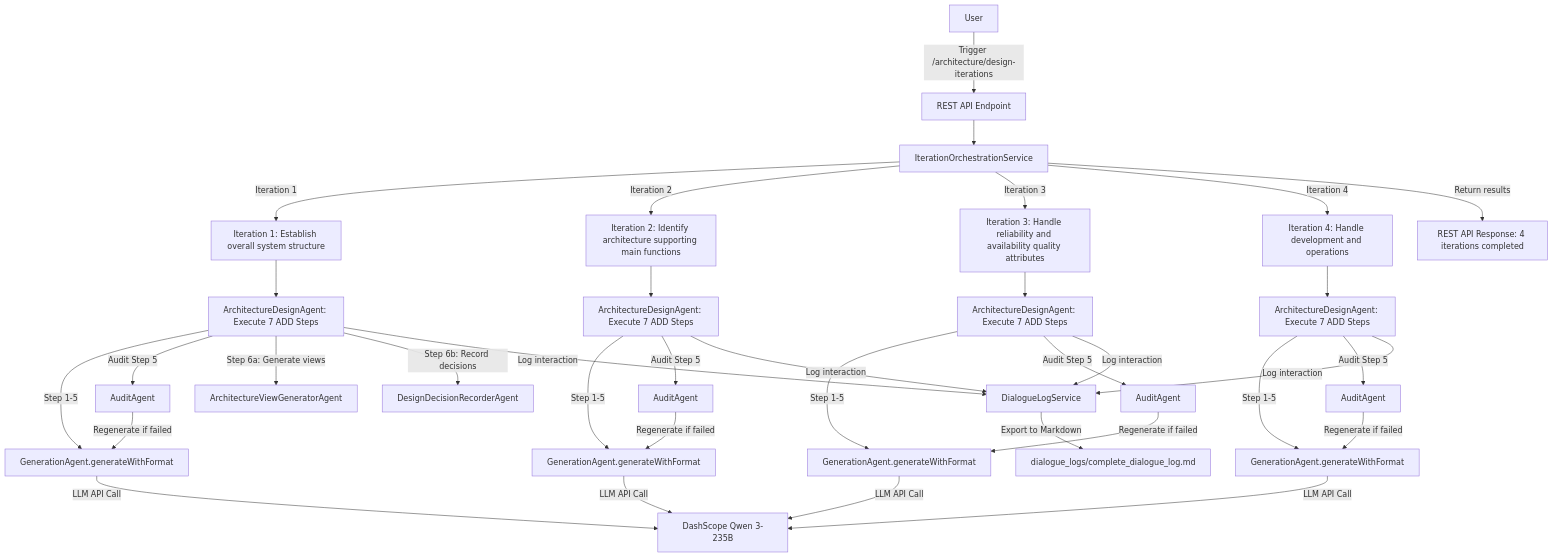
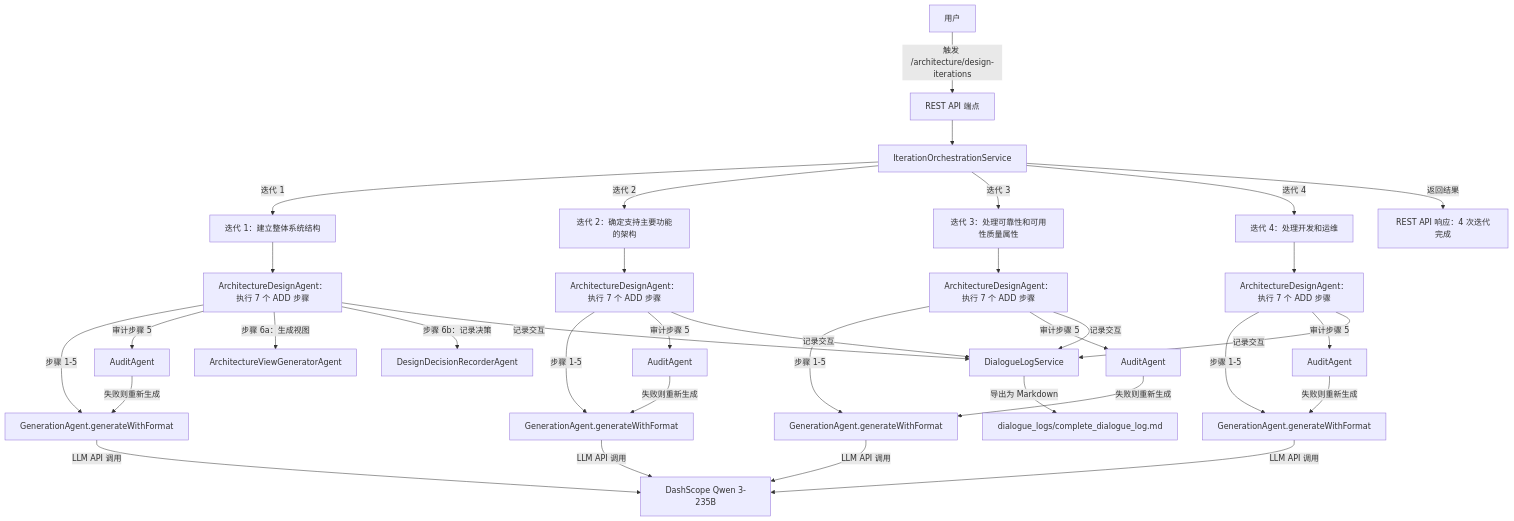
One commit to Rampantie/SoftwareArchitectureDesign_MultiAgent changed the diagram in README.md. Above: the diagram before and after it, drawn with Mermaid. The commit also changed other lines of this file, not shown here.

````diff
--- a/README.md
+++ b/README.md
@@ -120,47 +120,47 @@
 ```mermaid
 flowchart TD
-    user["User"] -->|Trigger /architecture/design-iterations| api["REST API Endpoint"]
+    user["用户"] -->|触发 /architecture/design-iterations| api["REST API 端点"]
     api --> orch["IterationOrchestrationService"]
     
-    orch -->|Iteration 1| iter1["Iteration 1: Establish overall system structure"]
-    orch -->|Iteration 2| iter2["Iteration 2: Identify architecture supporting main functions"]
-    orch -->|Iteration 3| iter3["Iteration 3: Handle reliability and availability quality attributes"]
-    orch -->|Iteration 4| iter4["Iteration 4: Handle development and operations"]
+    orch -->|迭代 1| iter1["迭代 1：建立整体系统结构"]
+    orch -->|迭代 2| iter2["迭代 2：确定支持主要功能的架构"]
+    orch -->|迭代 3| iter3["迭代 3：处理可靠性和可用性质量属性"]
+    orch -->|迭代 4| iter4["迭代 4：处理开发和运维"]
     
-    iter1 --> arch1["ArchitectureDesignAgent: Execute 7 ADD Steps"]
-    iter2 --> arch2["ArchitectureDesignAgent: Execute 7 ADD Steps"]
-    iter3 --> arch3["ArchitectureDesignAgent: Execute 7 ADD Steps"]
-    iter4 --> arch4["ArchitectureDesignAgent: Execute 7 ADD Steps"]
+    iter1 --> arch1["ArchitectureDesignAgent：执行 7 个 ADD 步骤"]
+    iter2 --> arch2["ArchitectureDesignAgent：执行 7 个 ADD 步骤"]
+    iter3 --> arch3["ArchitectureDesignAgent：执行 7 个 ADD 步骤"]
+    iter4 --> arch4["ArchitectureDesignAgent：执行 7 个 ADD 步骤"]
     
-    arch1 -->|Step 1-5| gen1["GenerationAgent.generateWithFormat"]
-    arch2 -->|Step 1-5| gen2["GenerationAgent.generateWithFormat"]
-    arch3 -->|Step 1-5| gen3["GenerationAgent.generateWithFormat"]
-    arch4 -->|Step 1-5| gen4["GenerationAgent.generateWithFormat"]
+    arch1 -->|步骤 1-5| gen1["GenerationAgent.generateWithFormat"]
+    arch2 -->|步骤 1-5| gen2["GenerationAgent.generateWithFormat"]
+    arch3 -->|步骤 1-5| gen3["GenerationAgent.generateWithFormat"]
+    arch4 -->|步骤 1-5| gen4["GenerationAgent.generateWithFormat"]
     
-    gen1 -->|LLM API Call| llm["DashScope Qwen 3-235B"]
-    gen2 -->|LLM API Call| llm
-    gen3 -->|LLM API Call| llm
-    gen4 -->|LLM API Call| llm
+    gen1 -->|LLM API 调用| llm["DashScope Qwen 3-235B"]
+    gen2 -->|LLM API 调用| llm
+    gen3 -->|LLM API 调用| llm
+    gen4 -->|LLM API 调用| llm
     
-    arch1 -->|Audit Step 5| audit1["AuditAgent"]
-    arch2 -->|Audit Step 5| audit2["AuditAgent"]
-    arch3 -->|Audit Step 5| audit3["AuditAgent"]
-    arch4 -->|Audit Step 5| audit4["AuditAgent"]
+    arch1 -->|审计步骤 5| audit1["AuditAgent"]
+    arch2 -->|审计步骤 5| audit2["AuditAgent"]
+    arch3 -->|审计步骤 5| audit3["AuditAgent"]
+    arch4 -->|审计步骤 5| audit4["AuditAgent"]
     
-    audit1 -->|Regenerate if failed| gen1
-    audit2 -->|Regenerate if failed| gen2
-    audit3 -->|Regenerate if failed| gen3
-    audit4 -->|Regenerate if failed| gen4
+    audit1 -->|失败则重新生成| gen1
+    audit2 -->|失败则重新生成| gen2
+    audit3 -->|失败则重新生成| gen3
+    audit4 -->|失败则重新生成| gen4
     
-    arch1 -->|Step 6a: Generate views| view["ArchitectureViewGeneratorAgent"]
-    arch1 -->|Step 6b: Record decisions| decision["DesignDecisionRecorderAgent"]
+    arch1 -->|步骤 6a：生成视图| view["ArchitectureViewGeneratorAgent"]
+    arch1 -->|步骤 6b：记录决策| decision["DesignDecisionRecorderAgent"]
     
-    arch1 -->|Log interaction| log["DialogueLogService"]
-    arch2 -->|Log interaction| log
-    arch3 -->|Log interaction| log
-    arch4 -->|Log interaction| log
+    arch1 -->|记录交互| log["DialogueLogService"]
+    arch2 -->|记录交互| log
+    arch3 -->|记录交互| log
+    arch4 -->|记录交互| log
     
-    log -->|Export to Markdown| report["dialogue_logs/complete_dialogue_log.md"]
+    log -->|导出为 Markdown| report["dialogue_logs/complete_dialogue_log.md"]
     
-    orch -->|Return results| resp["REST API Response: 4 iterations completed"]
+    orch -->|返回结果| resp["REST API 响应：4 次迭代完成"]
 ```
````
